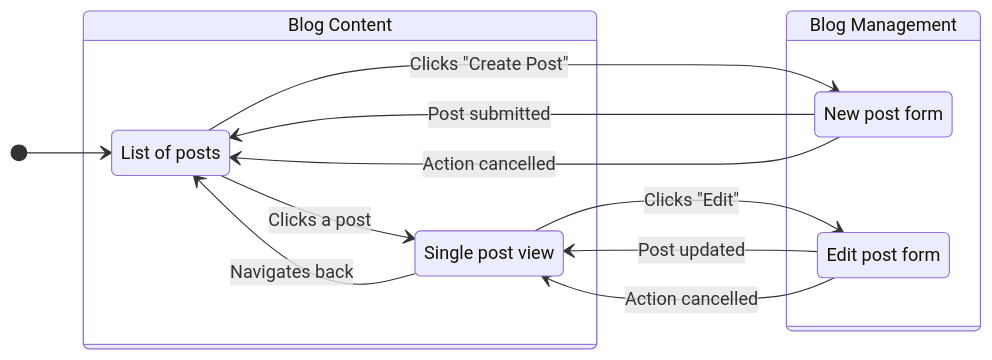
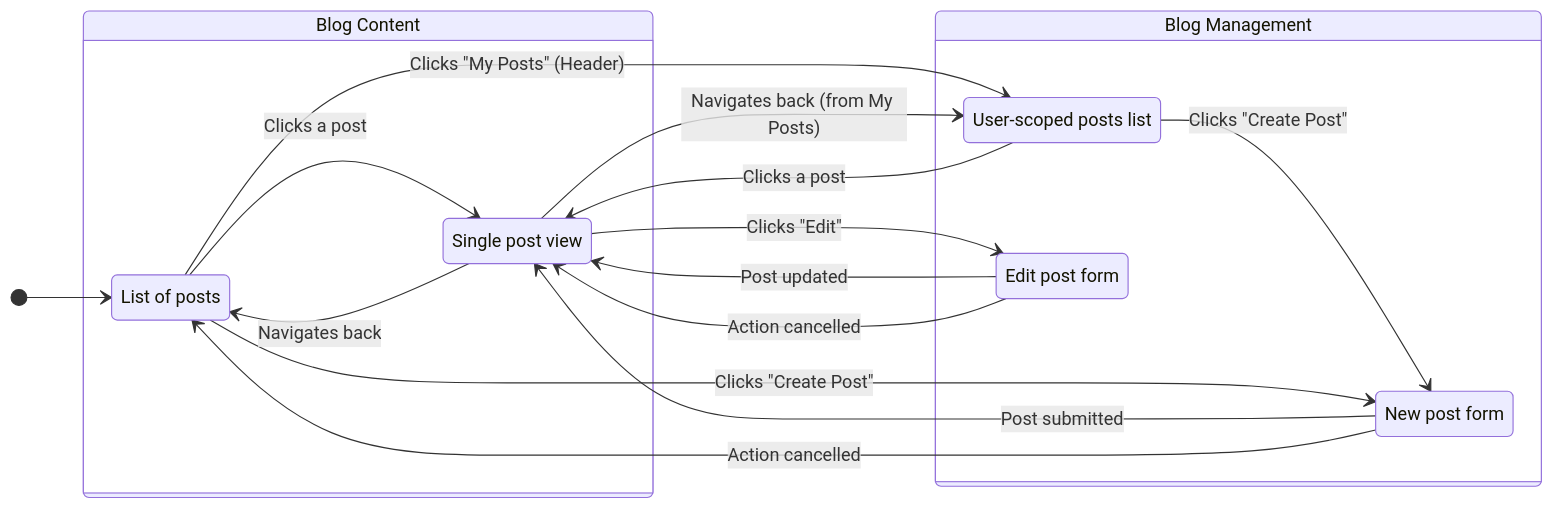
One commit to mnagatsuka/next-firebase-auth changed the first of 4 diagrams in docs/specifications/ui/page-transitions.md. Above: the diagram before and after it, drawn with Mermaid. The commit also changed other lines of this file and 109 other files, not shown here.

````diff
--- a/docs/specifications/ui/page-transitions.md
+++ b/docs/specifications/ui/page-transitions.md
@@ -15,28 +15,35 @@
 ```mermaid
 stateDiagram-v2
     direction LR
 
     [*] --> HomePage
 
     state "Blog Content" as Content {
         HomePage: List of posts
         PostDetailPage: Single post view
     }
 
     state "Blog Management" as Management {
+        MyPostsPage: User-scoped posts list
         CreatePostPage: New post form
         EditPostPage: Edit post form
     }
 
     HomePage --> PostDetailPage: Clicks a post
     PostDetailPage --> HomePage: Navigates back
 
+    HomePage --> MyPostsPage: Clicks "My Posts" (Header)
+    MyPostsPage --> PostDetailPage: Clicks a post
+    MyPostsPage --> CreatePostPage: Clicks "Create Post"
+
     HomePage --> CreatePostPage: Clicks "Create Post"
     PostDetailPage --> EditPostPage: Clicks "Edit"
 
-    CreatePostPage --> HomePage: Post submitted
+    CreatePostPage --> PostDetailPage: Post submitted
     EditPostPage --> PostDetailPage: Post updated
 
     CreatePostPage --> HomePage: Action cancelled
     EditPostPage --> PostDetailPage: Action cancelled
+
+    PostDetailPage --> MyPostsPage: Navigates back (from My Posts)
 ```
````
